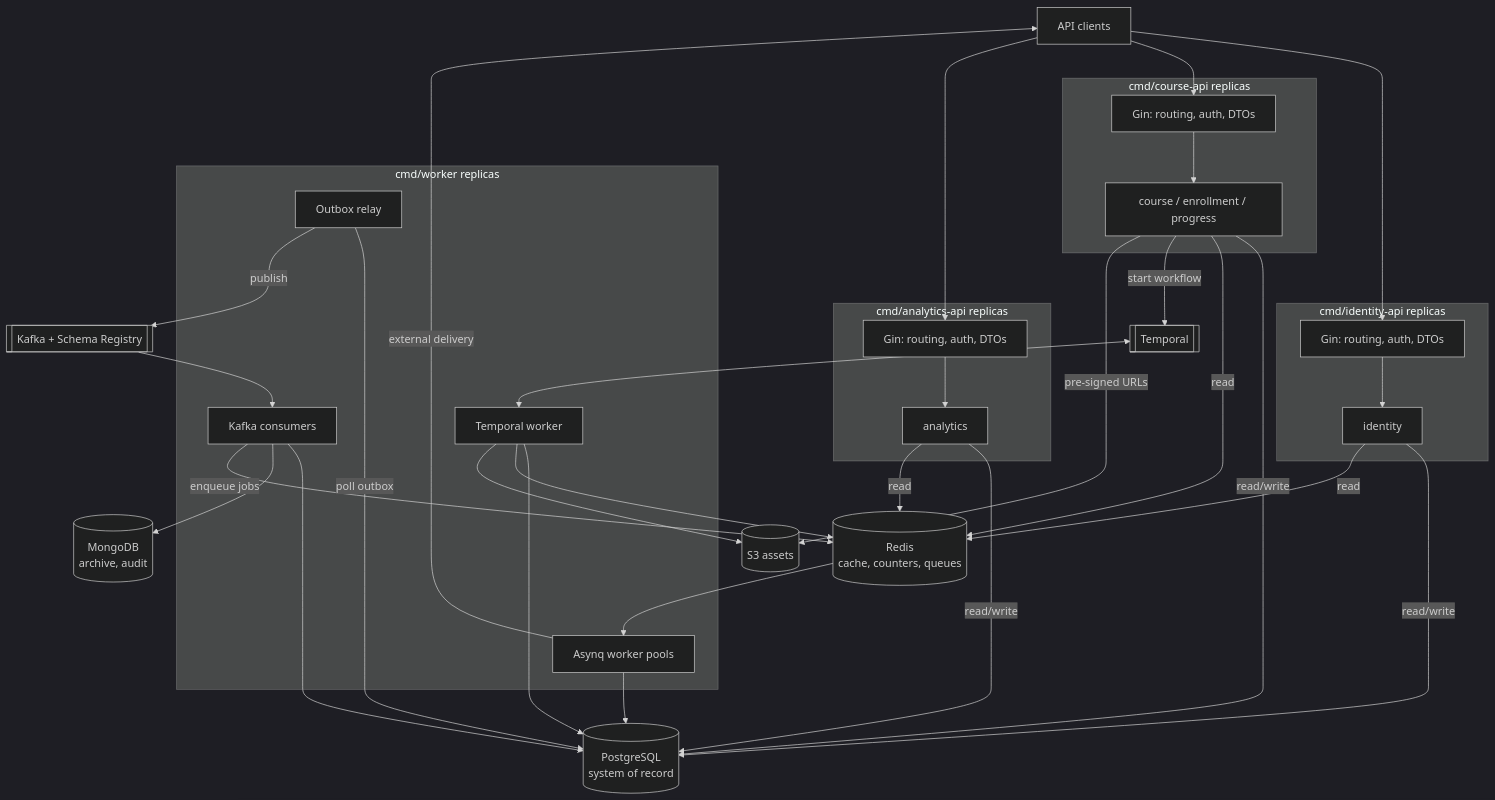
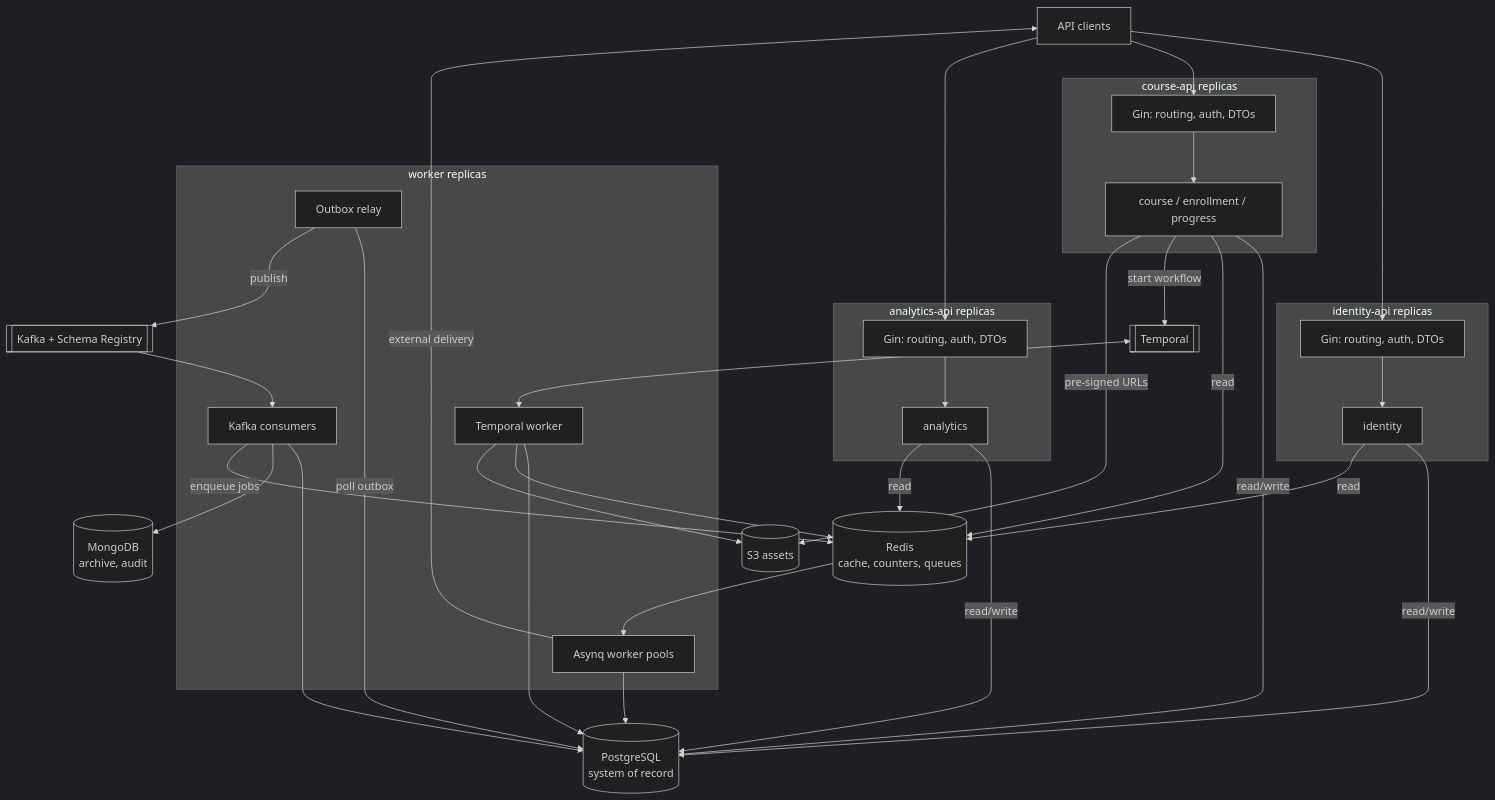
The first of 2 diagrams in docs/rfc/smartcourse-rfc.md (AmeerHussainEmumba/SmartCourse), drawn with Mermaid (dark theme) before and after one commit. The commit also changed other lines of this file and 2 other files, not shown here.

````diff
--- a/docs/rfc/smartcourse-rfc.md
+++ b/docs/rfc/smartcourse-rfc.md
@@ -259,59 +261,59 @@
 ```mermaid
 flowchart TB
     Client[API clients]
 
-    subgraph IDAPI["cmd/identity-api replicas"]
+    subgraph IDAPI["identity-api replicas"]
         GIN1[Gin: routing, auth, DTOs]
         MOD1[identity]
     end
 
-    subgraph CAPI["cmd/course-api replicas"]
+    subgraph CAPI["course-api replicas"]
         GIN2[Gin: routing, auth, DTOs]
         MOD2[course / enrollment / progress]
     end
 
-    subgraph AAPI["cmd/analytics-api replicas"]
+    subgraph AAPI["analytics-api replicas"]
         GIN3[Gin: routing, auth, DTOs]
         MOD3[analytics]
     end
 
-    subgraph WRK["cmd/worker replicas"]
+    subgraph WRK["worker replicas"]
         RELAY[Outbox relay]
         KC[Kafka consumers]
         AQ[Asynq worker pools]
         TW[Temporal worker]
     end
 
     PG[(PostgreSQL<br/>system of record)]
     RD[(Redis<br/>cache, counters, queues)]
     MG[(MongoDB<br/>archive, audit)]
     KF[[Kafka + Schema Registry]]
     TMP[[Temporal]]
     S3[(S3 assets)]
 
     Client --> GIN1 --> MOD1
     Client --> GIN2 --> MOD2
     Client --> GIN3 --> MOD3
     MOD1 -->|read/write| PG
     MOD2 -->|read/write| PG
     MOD3 -->|read/write| PG
     MOD1 -->|read| RD
     MOD2 -->|read| RD
     MOD3 -->|read| RD
     MOD2 -->|start workflow| TMP
     MOD2 -->|pre-signed URLs| S3
 
     RELAY -->|poll outbox| PG
     RELAY -->|publish| KF
     KF --> KC
     KC --> PG
     KC --> MG
     KC -->|enqueue jobs| RD
     RD --> AQ
     AQ --> PG
     AQ -->|external delivery| Client
     TMP <--> TW
     TW --> PG
     TW --> RD
     TW --> S3
 ```
````
